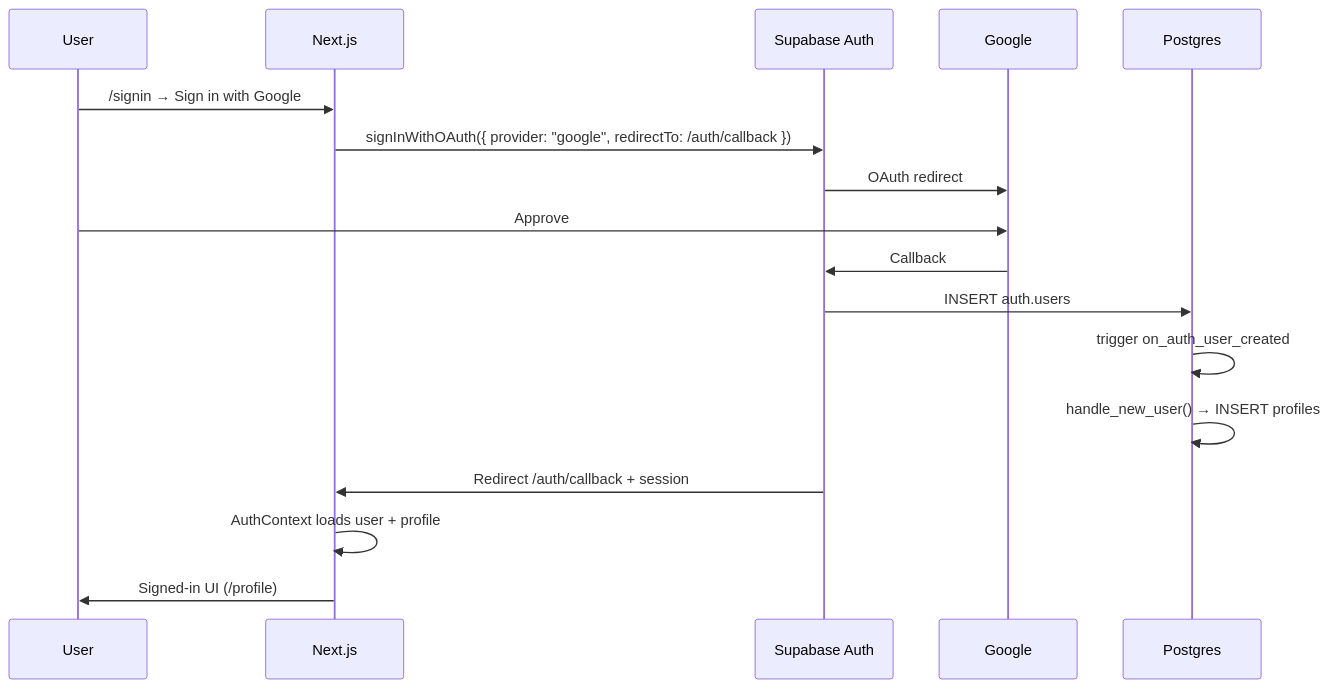
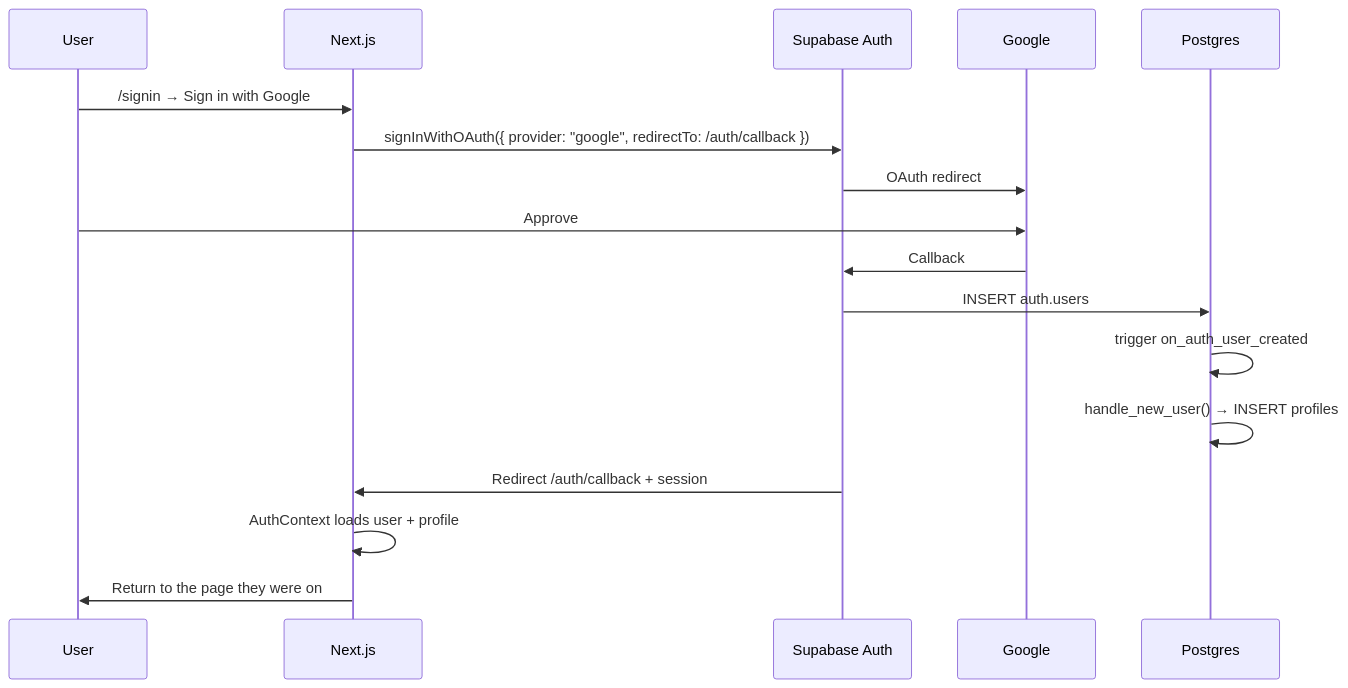
One commit to coursetexts/notion-site changed the first of 2 diagrams in docs/auth.md. Above: the diagram before and after it, drawn with Mermaid. The commit also changed other lines of this file and 36 other files, not shown here.

````diff
--- a/docs/auth.md
+++ b/docs/auth.md
@@ -5,20 +5,20 @@
 ```mermaid
 sequenceDiagram
   participant User
   participant App as Next.js
   participant SB as Supabase Auth
   participant Google
   participant DB as Postgres
 
   User->>App: /signin → Sign in with Google
   App->>SB: signInWithOAuth({ provider: "google", redirectTo: /auth/callback })
   SB->>Google: OAuth redirect
   User->>Google: Approve
   Google->>SB: Callback
   SB->>DB: INSERT auth.users
   DB->>DB: trigger on_auth_user_created
   DB->>DB: handle_new_user() → INSERT profiles
   SB->>App: Redirect /auth/callback + session
   App->>App: AuthContext loads user + profile
-  App->>User: Signed-in UI (/profile)
+  App->>User: Return to the page they were on
 ```
````
